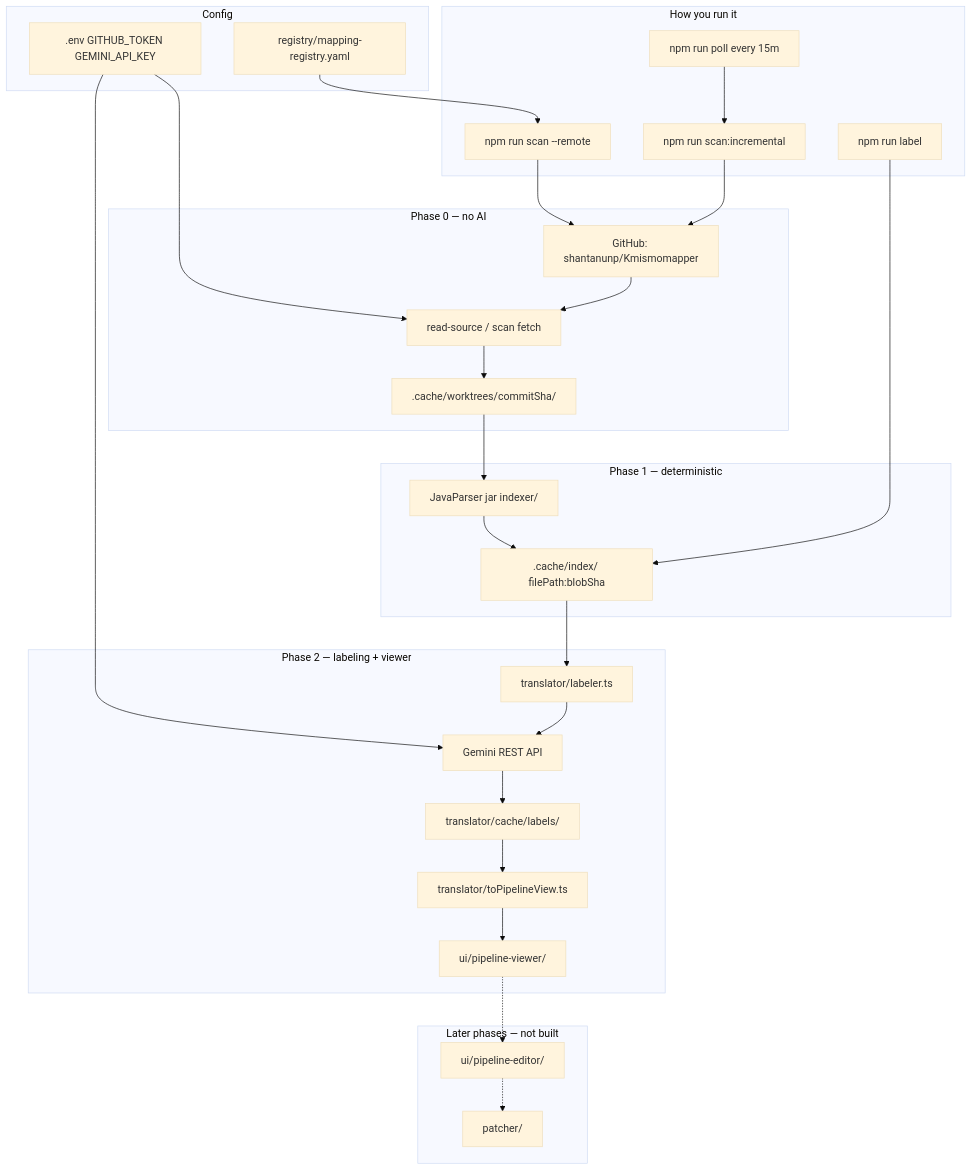
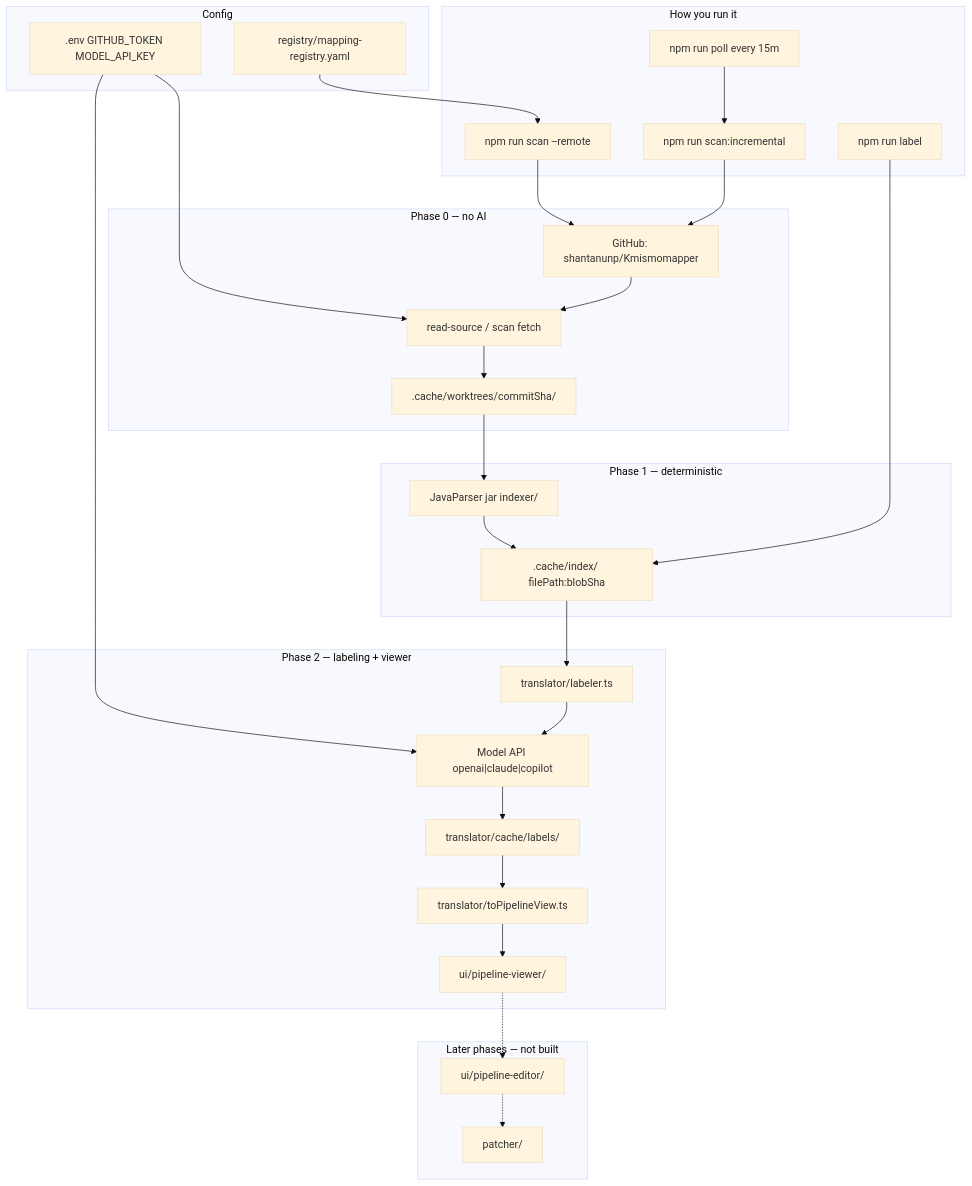
Before and after one commit to shantanunp/kodiak-agent: the diagram in ABOUT.md, drawn with Mermaid (base theme). The commit also changed other lines of this file and 10 other files, not shown here.

````diff
--- a/ABOUT.md
+++ b/ABOUT.md
@@ -96,52 +96,52 @@
 ```mermaid
 flowchart TD
   subgraph config [Config]
     Registry["registry/mapping-registry.yaml"]
-    Env[".env GITHUB_TOKEN GEMINI_API_KEY"]
+    Env[".env GITHUB_TOKEN MODEL_API_KEY"]
   end
 
   subgraph phase0 [Phase 0 — no AI]
     GitHub["GitHub: shantanunp/Kmismomapper"]
     Fetch["read-source / scan fetch"]
     Worktree[".cache/worktrees/commitSha/"]
   end
 
   subgraph phase1 [Phase 1 — deterministic]
     Indexer["JavaParser jar indexer/"]
     AstCache[".cache/index/ filePath:blobSha"]
   end
 
   subgraph phase2 [Phase 2 — labeling + viewer]
     Labeler["translator/labeler.ts"]
-    Gemini["Gemini REST API"]
+    ModelApi["Model API openai|claude|copilot"]
     LabelCache["translator/cache/labels/"]
     Adapter["translator/toPipelineView.ts"]
     Viewer["ui/pipeline-viewer/"]
   end
 
   subgraph future [Later phases — not built]
     Editor["ui/pipeline-editor/"]
     Patcher["patcher/"]
   end
 
   subgraph triggers [How you run it]
     ManualScan["npm run scan --remote"]
     ManualLabel["npm run label"]
     Incremental["npm run scan:incremental"]
     Poll["npm run poll every 15m"]
   end
 
   Registry --> ManualScan
   Env --> Fetch
-  Env --> Gemini
+  Env --> ModelApi
   ManualScan --> GitHub
   GitHub --> Fetch --> Worktree --> Indexer --> AstCache
   ManualLabel --> AstCache
   AstCache --> Labeler
-  Labeler --> Gemini --> LabelCache
+  Labeler --> ModelApi --> LabelCache
   LabelCache --> Adapter --> Viewer
   Incremental --> GitHub
   Poll --> Incremental
   Viewer -.-> Editor
   Editor -.-> Patcher
 ```
````
